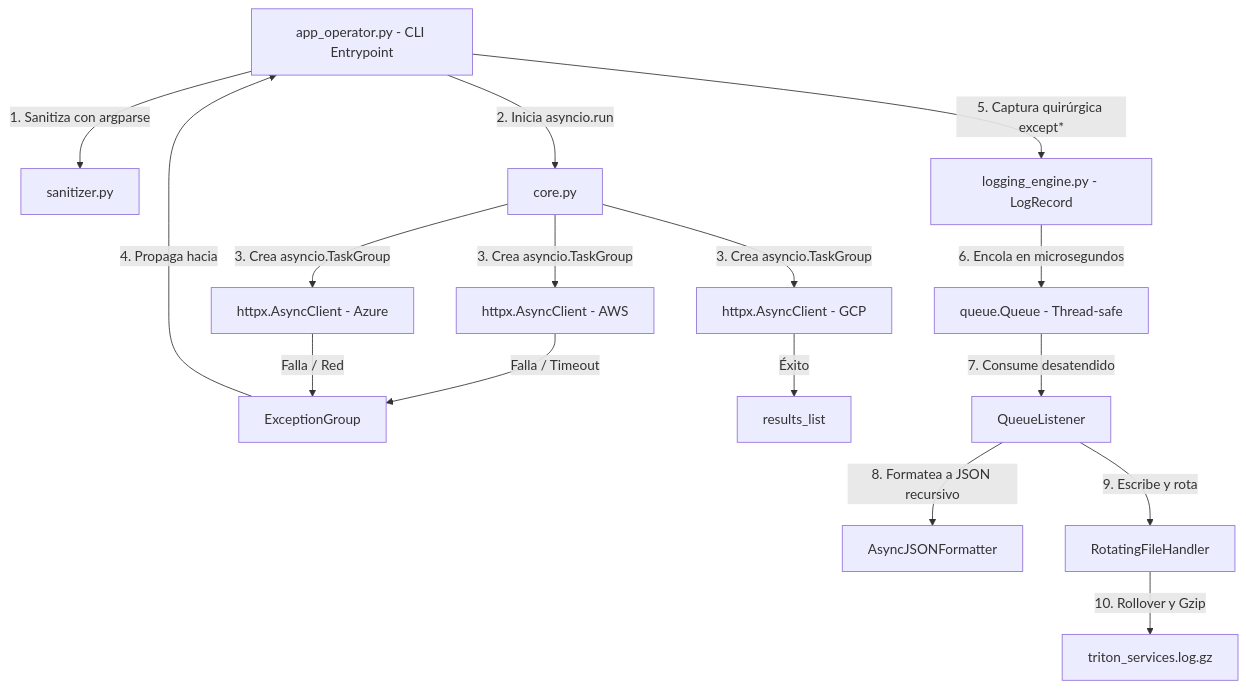
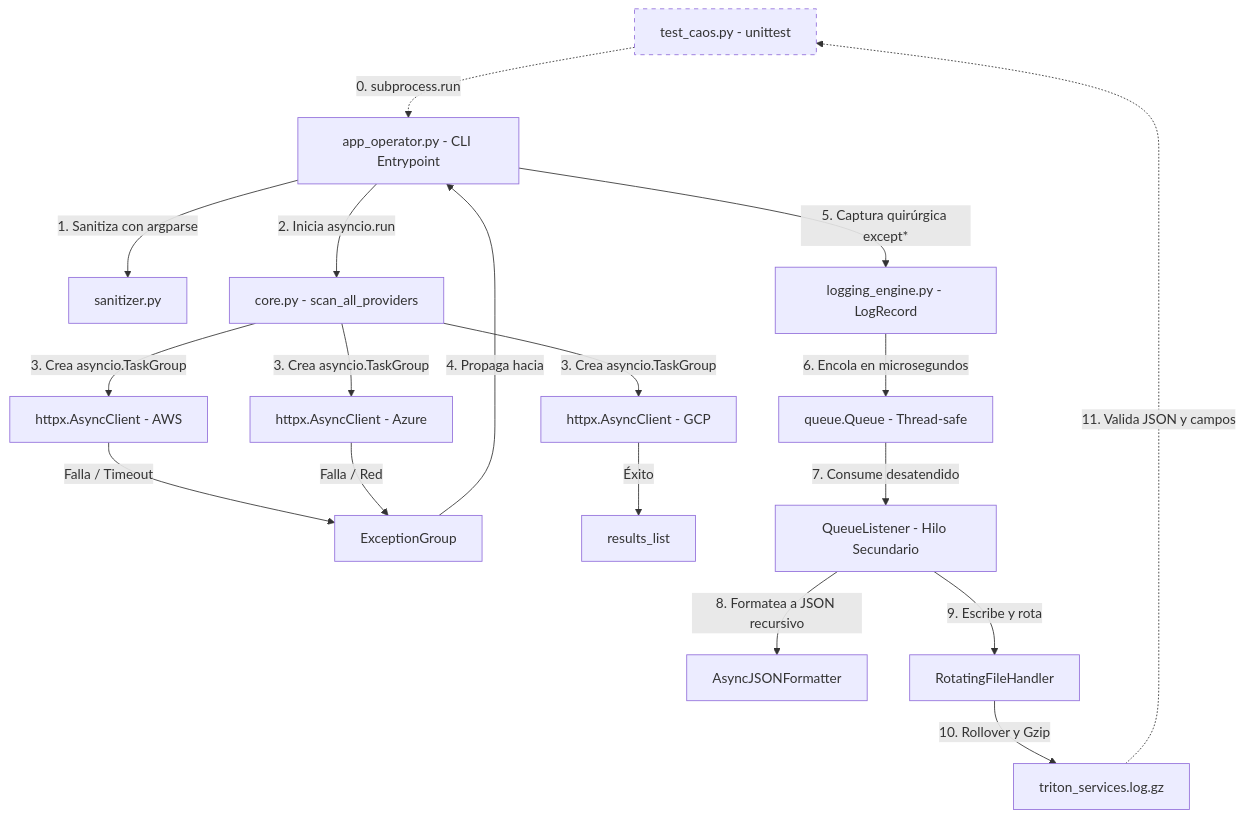
Before and after one commit to august-debug14/Proyecto-triton: the diagram in README.md, drawn with Mermaid.

````diff
--- a/README.md
+++ b/README.md
@@ -46,23 +46,28 @@
 ```mermaid
 graph TD
+    T["test_caos.py - unittest"]:::test -.->|0. subprocess.run| A
     A["app_operator.py - CLI Entrypoint"] -->|1. Sanitiza con argparse| B[sanitizer.py]
-    A -->|2. Inicia asyncio.run| C[core.py]
+    A -->|2. Inicia asyncio.run| C["core.py - scan_all_providers"]
 
     C -->|3. Crea asyncio.TaskGroup| D["httpx.AsyncClient - AWS"]
     C -->|3. Crea asyncio.TaskGroup| E["httpx.AsyncClient - Azure"]
     C -->|3. Crea asyncio.TaskGroup| F["httpx.AsyncClient - GCP"]
 
     D -->|Falla / Timeout| G[ExceptionGroup]
     E -->|Falla / Red| G
     F -->|Éxito| H[results_list]
 
     G -->|4. Propaga hacia| A
     A -->|"5. Captura quirúrgica except*"| I["logging_engine.py - LogRecord"]
 
     I -->|6. Encola en microsegundos| J["queue.Queue - Thread-safe"]
-    J -->|7. Consume desatendido| K[QueueListener]
+    J -->|7. Consume desatendido| K["QueueListener - Hilo Secundario"]
 
     K -->|8. Formatea a JSON recursivo| L[AsyncJSONFormatter]
     K -->|9. Escribe y rota| M[RotatingFileHandler]
     M -->|10. Rollover y Gzip| N[triton_services.log.gz]
+
+    N -.->|11. Valida JSON y campos| T
+
+    classDef test stroke-dasharray: 5 5;
 ```
````
